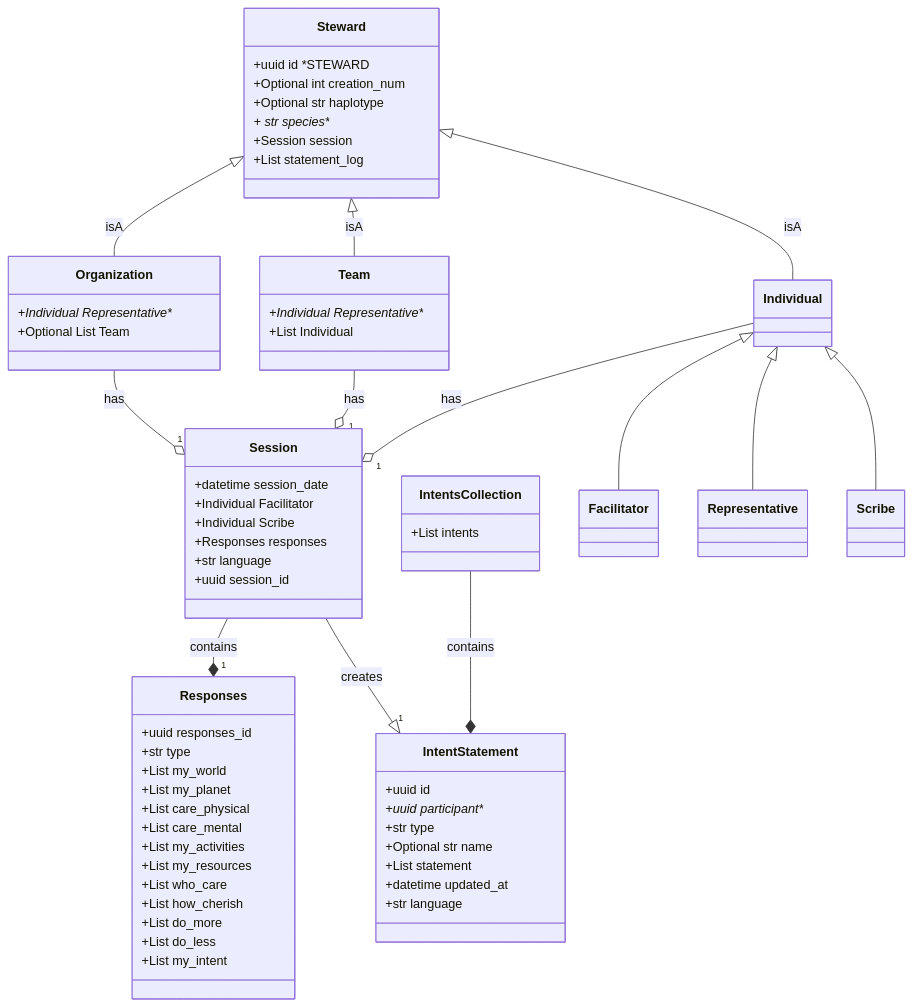
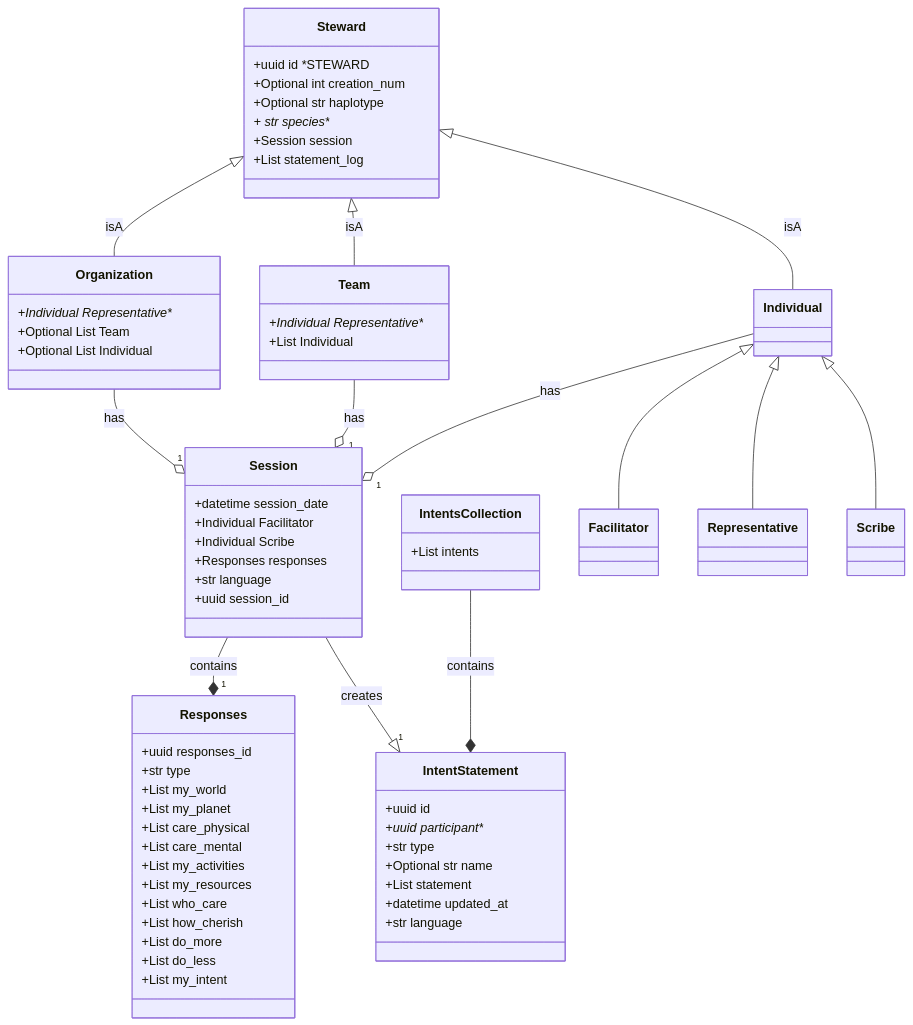
Before and after one commit to drew-wks/intent-for-the-planet: the diagram in docs/data_models_diagram.md, drawn with Mermaid.

````diff
--- a/docs/data_models_diagram.md
+++ b/docs/data_models_diagram.md
@@ -5,69 +5,70 @@
 ```mermaid
 classDiagram
     class Steward {
         +uuid id *STEWARD
         +Optional int creation_num
         +Optional str haplotype
         + str species**
         +Session session
         +List statement_log
     }
     class Individual {
     }
     class Team {
         +Individual Representative**
         +List Individual
     }
     class Organization {
         +Individual Representative**
         +Optional List Team
+        +Optional List Individual
     }
     class Session {
         +datetime session_date
         +Individual Facilitator
         +Individual Scribe
         +Responses responses
         +str language
         +uuid session_id
     }
     class Responses {
         +uuid responses_id
         +str type
         +List my_world
         +List my_planet
         +List care_physical
         +List care_mental
         +List my_activities
         +List my_resources
         +List who_care
         +List how_cherish
         +List do_more
         +List do_less
         +List my_intent
     }
     class IntentStatement {
         +uuid id
         +uuid participant**
         +str type
         +Optional str name
         +List statement
         +datetime updated_at
         +str language
     }
     class IntentsCollection {
         +List intents
     }
     IntentsCollection --* IntentStatement : contains
     Session --* "1" Responses : contains
     Steward <|-- Individual : isA
     Steward <|-- Team : isA
     Steward <|-- Organization : isA
     Session--|> "1" IntentStatement : creates
     Individual --o "1" Session : has
     Individual <|-- Facilitator
     Individual <|-- Representative
     Individual <|-- Scribe
     Team --o "1" Session : has
     Organization --o "1" Session : has
 
 ```
````
